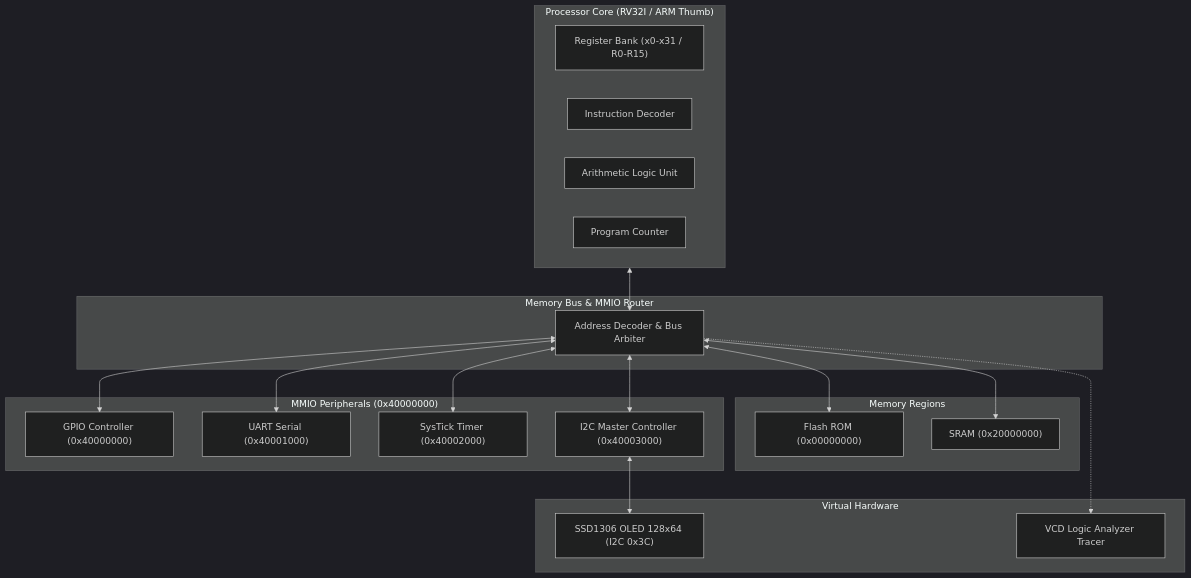
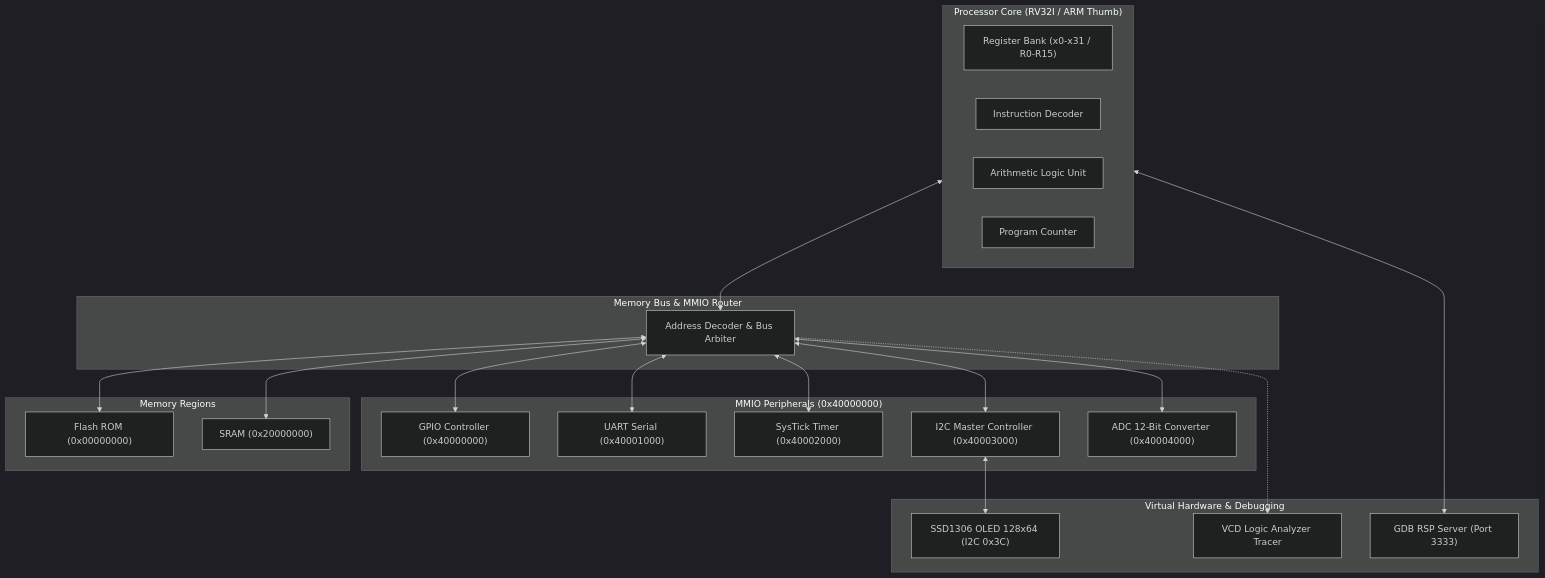
The diagram in README.md (alexandrmotologa/boardlens), drawn with Mermaid (dark theme) before and after one commit. The commit also changed other lines of this file and 10 other files, not shown here.

Commit message:
docs: update architecture, peripheral specifications, visual assets, and README with all enhancements

````diff
--- a/README.md
+++ b/README.md
@@ -34,40 +44,44 @@
 ```mermaid
 flowchart TD
     subgraph Core ["Processor Core (RV32I / ARM Thumb)"]
         REG["Register Bank (x0-x31 / R0-R15)"]
         DEC["Instruction Decoder"]
         ALU["Arithmetic Logic Unit"]
         PC["Program Counter"]
     end
 
     subgraph Bus ["Memory Bus & MMIO Router"]
         ROUTER["Address Decoder & Bus Arbiter"]
     end
 
     subgraph Memory ["Memory Regions"]
         FLASH["Flash ROM (0x00000000)"]
         SRAM["SRAM (0x20000000)"]
     end
 
     subgraph Peripherals ["MMIO Peripherals (0x40000000)"]
         GPIO["GPIO Controller (0x40000000)"]
         UART["UART Serial (0x40001000)"]
         TIMER["SysTick Timer (0x40002000)"]
         I2C["I2C Master Controller (0x40003000)"]
+        ADC["ADC 12-Bit Converter (0x40004000)"]
     end
 
-    subgraph Devices ["Virtual Hardware"]
+    subgraph Devices ["Virtual Hardware & Debugging"]
         OLED["SSD1306 OLED 128x64 (I2C 0x3C)"]
+        GDB["GDB RSP Server (Port 3333)"]
         VCD["VCD Logic Analyzer Tracer"]
     end
 
     Core <--> ROUTER
     ROUTER <--> FLASH
     ROUTER <--> SRAM
     ROUTER <--> GPIO
     ROUTER <--> UART
     ROUTER <--> TIMER
     ROUTER <--> I2C
+    ROUTER <--> ADC
     I2C <--> OLED
+    Core <--> GDB
     ROUTER -.-> VCD
 ```
````
